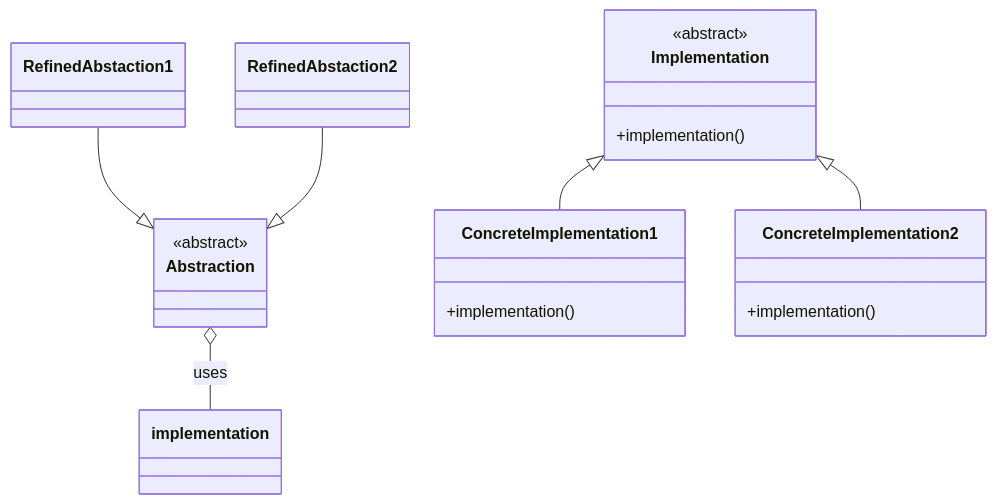
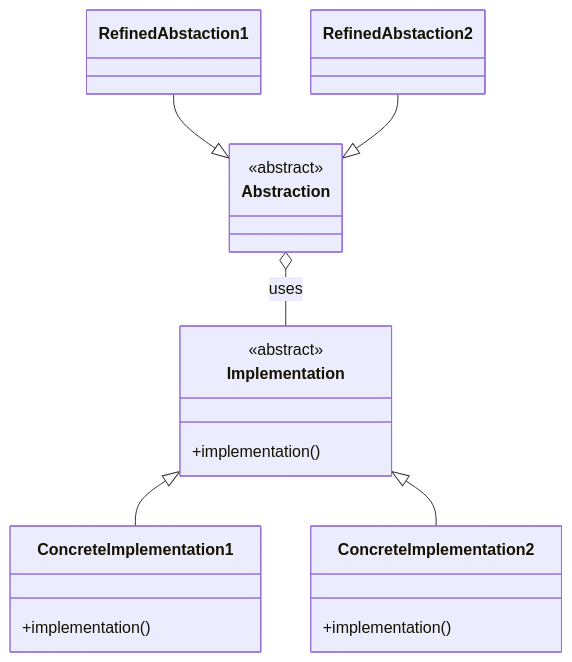
One commit to cristiancrazy/Mediaticon-legacy changed the diagram in README.md. Above: the diagram before and after it, drawn with Mermaid.

````diff
--- a/README.md
+++ b/README.md
@@ -26,17 +26,17 @@
 ```mermaid
 classDiagram
   class Abstraction {
     <<abstract>>
   }
   RefinedAbstaction1 --|> Abstraction
   RefinedAbstaction2 --|> Abstraction
   class Implementation {
     <<abstract>>
     +implementation()
   }
-  Abstraction o-- implementation : uses
+  Abstraction o-- Implementation : uses
   Implementation <|-- ConcreteImplementation1
   Implementation <|-- ConcreteImplementation2
   ConcreteImplementation1: +implementation()
   ConcreteImplementation2: +implementation()
 ```
````
